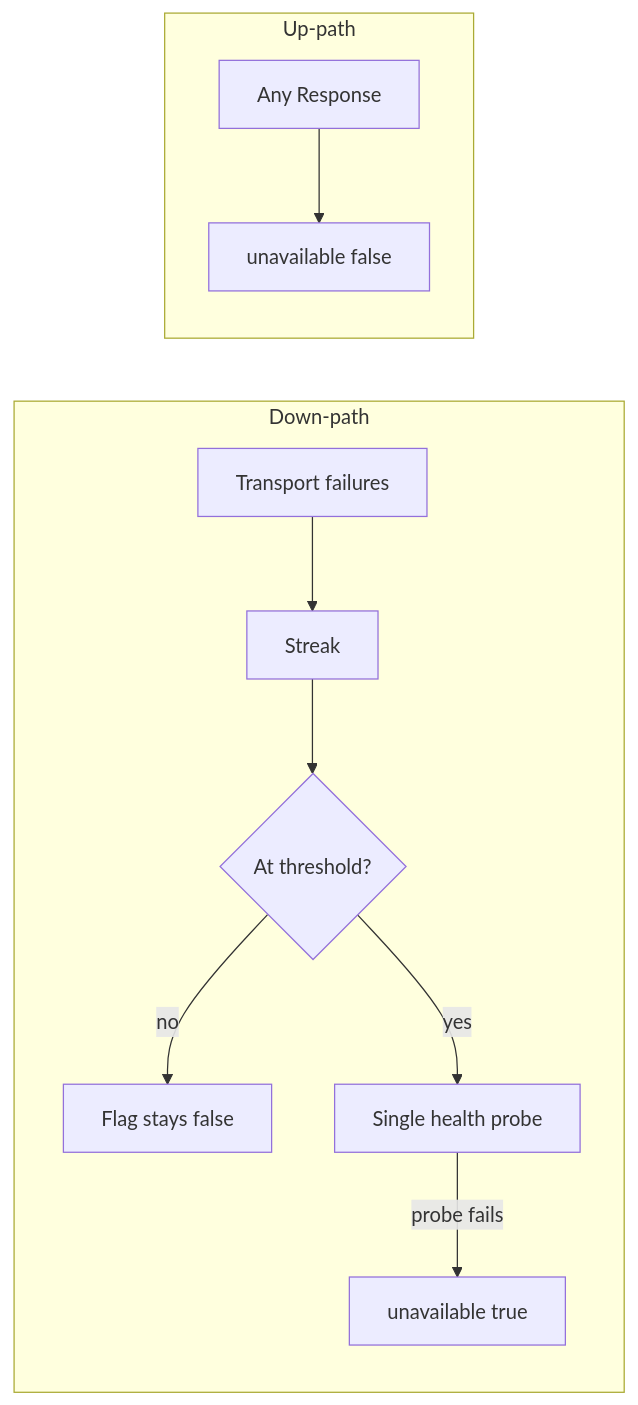
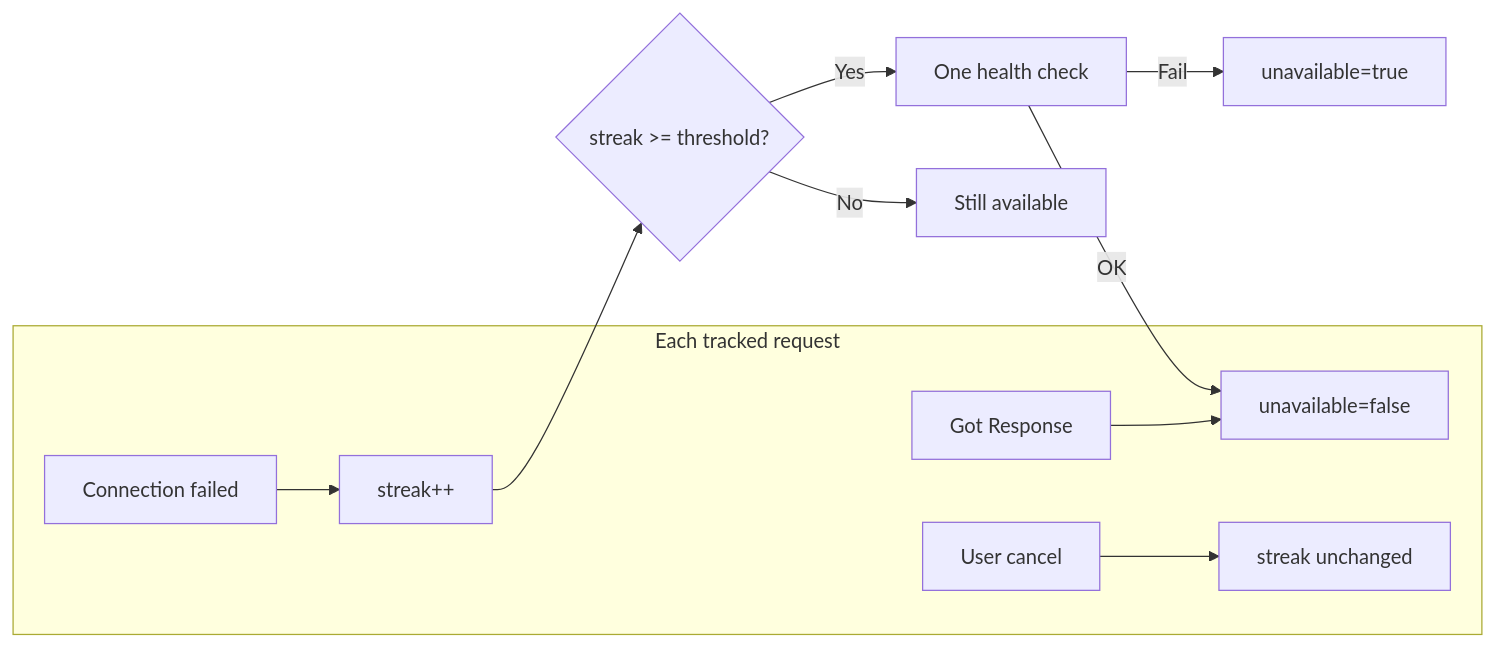
Before and after one commit to Underwood-Inc/idling.app__UI: the diagram in src/guides/offline-connectivity-engine/index.md, drawn with Mermaid. The commit also changed other lines of this file and 277 other files, not shown here.

````diff
--- a/src/guides/offline-connectivity-engine/index.md
+++ b/src/guides/offline-connectivity-engine/index.md
@@ -64,13 +22,13 @@
 ```mermaid
 flowchart LR
-  subgraph down [Down-path]
-    F[Transport failures] --> S[Streak]
-    S --> T{At threshold?}
-    T -->|no| H1[Flag stays false]
-    T -->|yes| P[Single health probe]
-    P -->|probe fails| U[unavailable true]
+  subgraph learn [Each tracked request]
+    R[Got Response] --> OK[unavailable=false]
+    F[Connection failed] --> S[streak++]
+    I[User cancel] --> N[streak unchanged]
   end
-  subgraph up [Up-path]
-    R[Any Response] --> C[unavailable false]
-  end
+  S --> T{streak >= threshold?}
+  T -->|No| OK2[Still available]
+  T -->|Yes| H[One health check]
+  H -->|OK| OK
+  H -->|Fail| BAD[unavailable=true]
 ```
````
